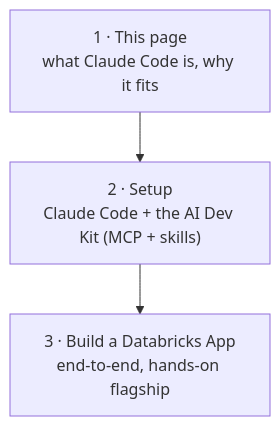
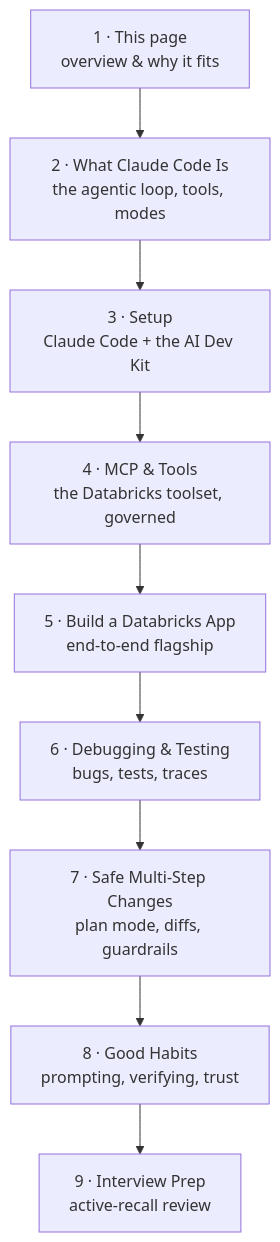
Before and after one commit to thedatabrickster/databrickster: the first of 2 diagrams in website/agentic-coding/claude-code/intro.mdx, drawn with Mermaid. The commit also changed other lines of this file and 9 other files, not shown here.

First line of the commit message:
Expand Claude Code subtopic into full end-to-end track (9 pages)

````diff
--- a/website/agentic-coding/claude-code/intro.mdx
+++ b/website/agentic-coding/claude-code/intro.mdx
@@ -37,8 +39,14 @@
 ```mermaid
 flowchart TD
-    L1["1 · This page<br/>what Claude Code is, why it fits"]
-    L2["2 · Setup<br/>Claude Code + the AI Dev Kit (MCP + skills)"]
-    L3["3 · Build a Databricks App<br/>end-to-end, hands-on flagship"]
+    L1["1 · This page<br/>overview & why it fits"]
+    L2["2 · What Claude Code Is<br/>the agentic loop, tools, modes"]
+    L3["3 · Setup<br/>Claude Code + the AI Dev Kit"]
+    L4["4 · MCP & Tools<br/>the Databricks toolset, governed"]
+    L5["5 · Build a Databricks App<br/>end-to-end flagship"]
+    L6["6 · Debugging & Testing<br/>bugs, tests, traces"]
+    L7["7 · Safe Multi-Step Changes<br/>plan mode, diffs, guardrails"]
+    L8["8 · Good Habits<br/>prompting, verifying, trust"]
+    L9["9 · Interview Prep<br/>active-recall review"]
 
-    L1 --> L2 --> L3
+    L1 --> L2 --> L3 --> L4 --> L5 --> L6 --> L7 --> L8 --> L9
 ```
````
